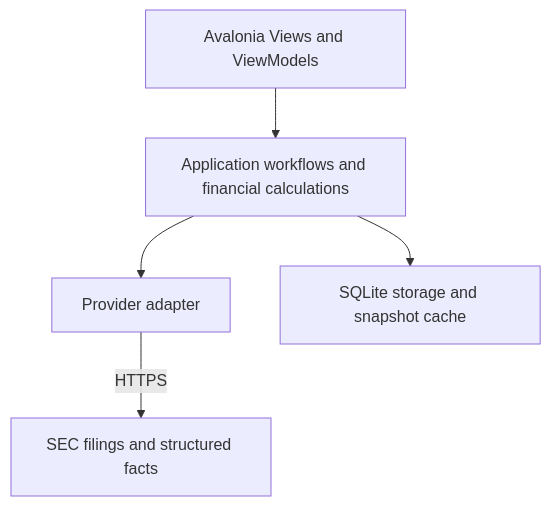
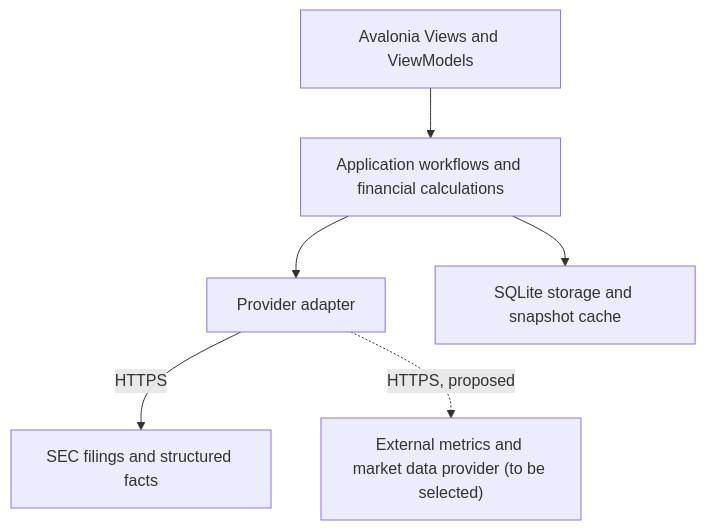
Before and after one commit to minwaiphyo/AlphaQuant: the first of 3 diagrams in AlphaQuant_Proposal.md, drawn with Mermaid. The commit also changed other lines of this file and 2 other files, not shown here.

````diff
--- a/AlphaQuant_Proposal.md
+++ b/AlphaQuant_Proposal.md
@@ -94,7 +137,8 @@
 ```mermaid
 flowchart TD
     UI["Avalonia Views and ViewModels"] --> CORE["Application workflows and financial calculations"]
     CORE --> PROVIDER["Provider adapter"]
     CORE --> STORE["SQLite storage and snapshot cache"]
     PROVIDER -->|HTTPS| SEC["SEC filings and structured facts"]
+    PROVIDER -.->|"HTTPS, proposed"| EXT["External metrics and market data provider (to be selected)"]
 ```
````
